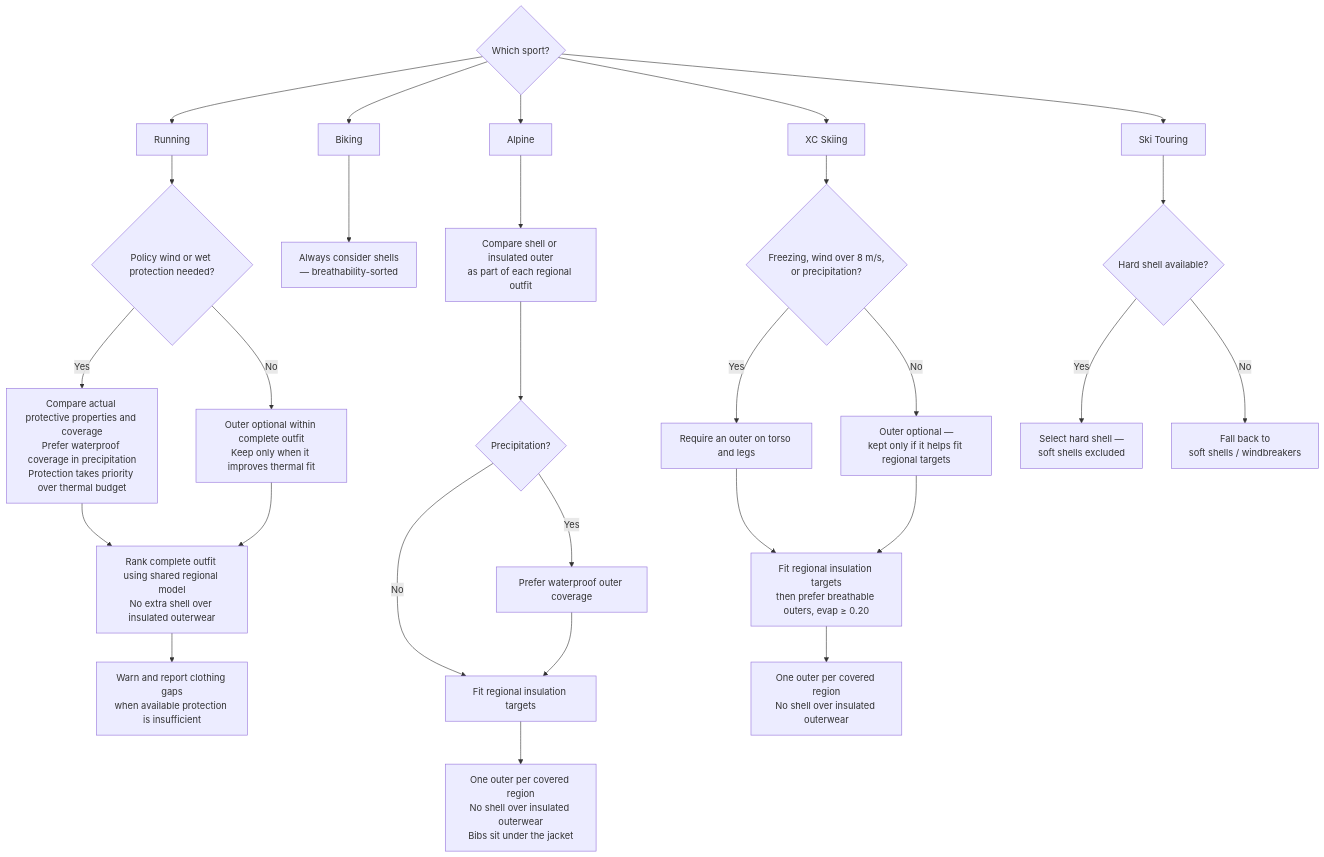
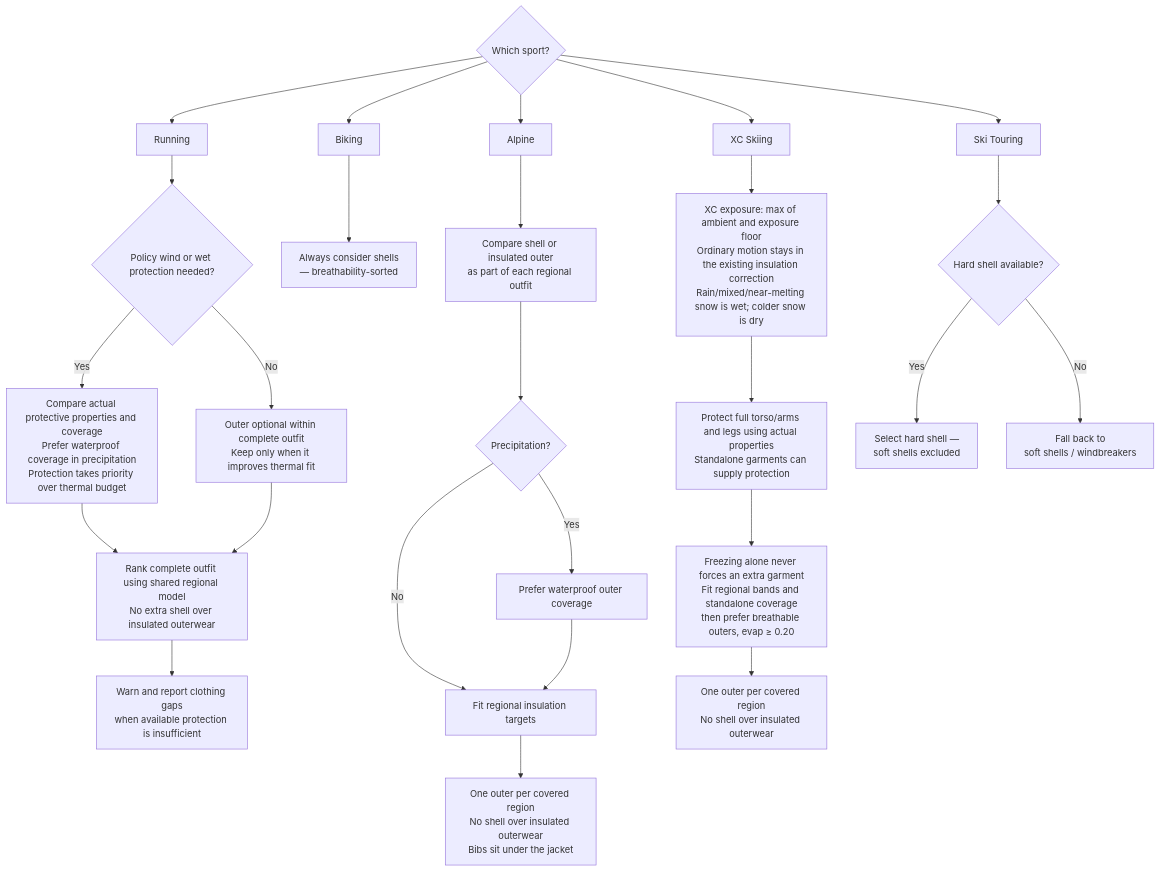
Before and after one commit to derobertsw/swttr: the fifth of 7 diagrams in README.md, drawn with Mermaid. The commit also changed other lines of this file and 36 other files, not shown here.

First line of the commit message:
Allow standalone XC outfits and condition-based protection (#353)

````diff
--- a/README.md
+++ b/README.md
@@ -234,35 +238,33 @@
 ```mermaid
 graph TD
     START{Which sport?} --> RUN[Running]
     START --> BIKE[Biking]
     START --> ALP[Alpine]
     START --> XC[XC Skiing]
     START --> TOUR[Ski Touring]
 
     RUN --> RCHECK{Policy wind or wet protection needed?}
     RCHECK -->|Yes| RPROTECT[Compare actual protective properties and coverage<br/>Prefer waterproof coverage in precipitation<br/>Protection takes priority over thermal budget]
     RCHECK -->|No| ROPT[Outer optional within complete outfit<br/>Keep only when it improves thermal fit]
     RPROTECT --> RRANK[Rank complete outfit using shared regional model<br/>No extra shell over insulated outerwear]
     ROPT --> RRANK
     RRANK --> RGAP[Warn and report clothing gaps<br/>when available protection is insufficient]
 
     BIKE --> BADD[Always consider shells<br/>— breathability-sorted]
 
     ALP --> AOUT[Compare shell or insulated outer<br/>as part of each regional outfit]
     AOUT --> AWET{Precipitation?}
     AWET -->|Yes| AWP[Prefer waterproof outer coverage]
     AWET -->|No| ABUDGET[Fit regional insulation targets]
     AWP --> ABUDGET
     ABUDGET --> ACAP[One outer per covered region<br/>No shell over insulated outerwear<br/>Bibs sit under the jacket]
 
-    XC --> XNEED{Freezing, wind over 8 m/s,<br/>or precipitation?}
-    XNEED -->|Yes| XREQ[Require an outer on torso and legs]
-    XNEED -->|No| XOPT[Outer optional —<br/>kept only if it helps fit regional targets]
-    XREQ --> XFIT[Fit regional insulation targets<br/>then prefer breathable outers, evap ≥ 0.20]
-    XOPT --> XFIT
+    XC --> XNEED[XC exposure: max of ambient and exposure floor<br/>Ordinary motion stays in the existing insulation correction<br/>Rain/mixed/near-melting snow is wet; colder snow is dry]
+    XNEED --> XREQ[Protect full torso/arms and legs using actual properties<br/>Standalone garments can supply protection]
+    XREQ --> XFIT[Freezing alone never forces an extra garment<br/>Fit regional bands and standalone coverage<br/>then prefer breathable outers, evap ≥ 0.20]
     XFIT --> XCAP[One outer per covered region<br/>No shell over insulated outerwear]
 
     TOUR --> THARD{Hard shell available?}
     THARD -->|Yes| THSEL[Select hard shell —<br/>soft shells excluded]
     THARD -->|No| TOTHER[Fall back to<br/>soft shells / windbreakers]
 ```
````
